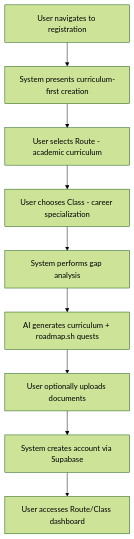
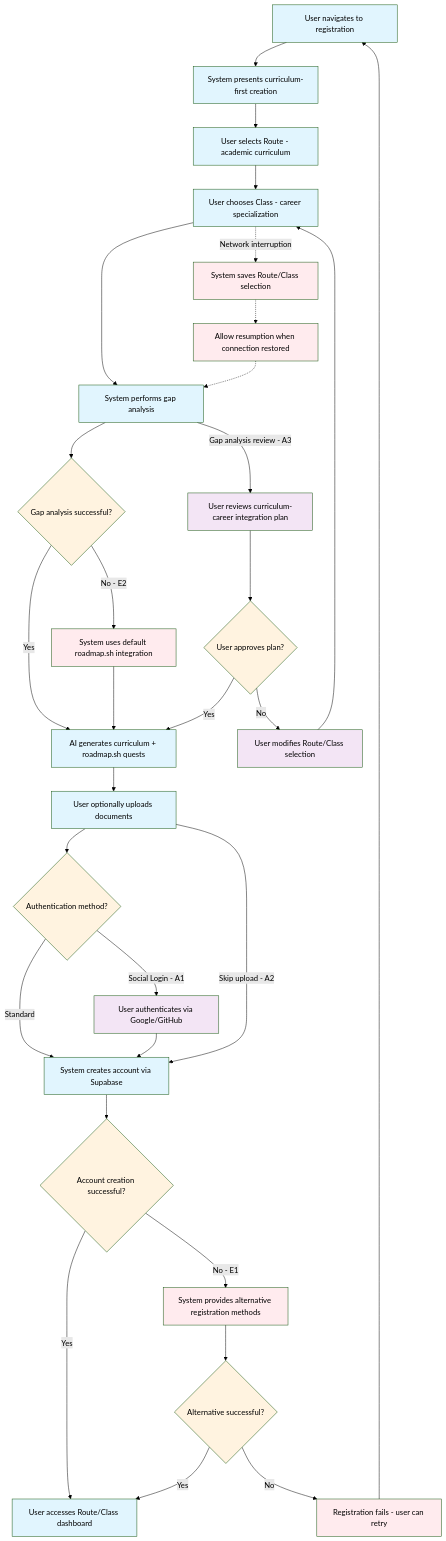
The first of 17 diagrams in docs/detailed-use-cases.md (FA25SE050-RogueLearn/RogueLearn.BMAD.Documentation), drawn with Mermaid (forest theme) before and after one commit. The commit also changed other lines of this file and 3 other files, not shown here.

First line of the commit message:
docs(prd): update user flows, ui design goals and validation report

````diff
--- a/docs/detailed-use-cases.md
+++ b/docs/detailed-use-cases.md
@@ -23,11 +23,51 @@
 ```mermaid
 flowchart TD
     A[User navigates to registration] --> B[System presents curriculum-first creation]
     B --> C[User selects Route - academic curriculum]
     C --> D[User chooses Class - career specialization]
     D --> E[System performs gap analysis]
-    E --> F[AI generates curriculum + roadmap.sh quests]
-    F --> G[User optionally uploads documents]
-    G --> H[System creates account via Supabase]
-    H --> I[User accesses Route/Class dashboard]
+    E --> F{Gap analysis successful?}
+    
+    %% Main Success Flow
+    F -->|Yes| G[AI generates curriculum + roadmap.sh quests]
+    G --> H[User optionally uploads documents]
+    H --> I{Authentication method?}
+    I -->|Standard| J[System creates account via Supabase]
+    I -->|Social Login - A1| K[User authenticates via Google/GitHub]
+    K --> J
+    J --> L{Account creation successful?}
+    L -->|Yes| M[User accesses Route/Class dashboard]
+    
+    %% Alternative Flows
+    H -->|Skip upload - A2| J
+    E -->|Gap analysis review - A3| N[User reviews curriculum-career integration plan]
+    N --> O{User approves plan?}
+    O -->|Yes| G
+    O -->|No| P[User modifies Route/Class selection]
+    P --> D
+    
+    %% Exception Flows
+    F -->|No - E2| Q[System uses default roadmap.sh integration]
+    Q --> G
+    L -->|No - E1| R[System provides alternative registration methods]
+    R --> S{Alternative successful?}
+    S -->|Yes| M
+    S -->|No| T[Registration fails - user can retry]
+    T --> A
+    
+    %% Network interruption handling - E3
+    D -.->|Network interruption| U[System saves Route/Class selection]
+    U -.-> V[Allow resumption when connection restored]
+    V -.-> E
+    
+    %% Styling
+    classDef mainFlow fill:#e1f5fe
+    classDef altFlow fill:#f3e5f5
+    classDef excFlow fill:#ffebee
+    classDef decision fill:#fff3e0
+    
+    class A,B,C,D,E,G,H,J,M mainFlow
+    class K,N,O,P altFlow
+    class Q,R,S,T,U,V excFlow
+    class F,I,L,O,S decision
 ```
````
